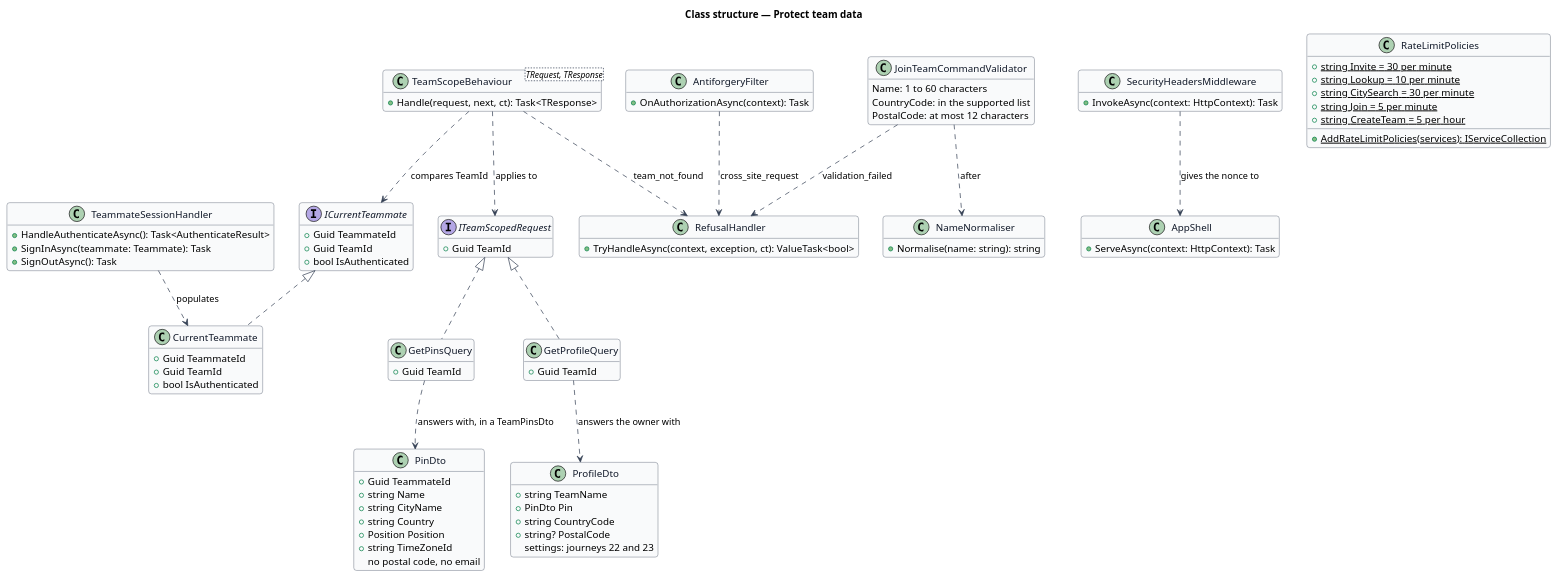
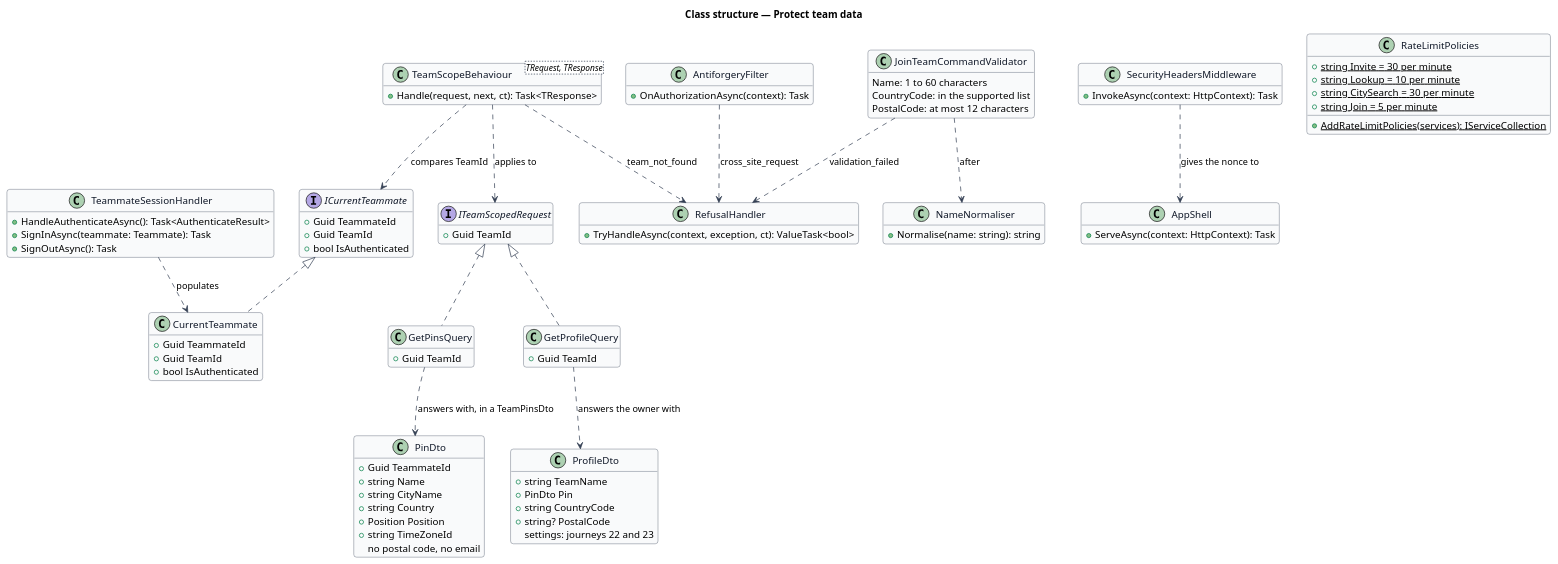
One commit to QuinntyneBrown/Mondino changed the diagram in docs/detailed-designs/platform/protect-team-data/diagrams/class-structure.puml. Above: the diagram before and after it, drawn with PlantUML. The commit also changed 17 other files, not shown here.

```diff
--- a/docs/detailed-designs/platform/protect-team-data/diagrams/class-structure.puml
+++ b/docs/detailed-designs/platform/protect-team-data/diagrams/class-structure.puml
@@ -1,115 +1,114 @@
 @startuml
 skinparam backgroundColor #FFFFFF
 skinparam shadowing false
 skinparam roundcorner 8
 skinparam defaultFontName Arial
 skinparam ArrowColor #344054
 skinparam class {
   BorderColor #344054
   FontColor #101828
   BackgroundColor #F9FAFB
 }
 hide empty members
 title Class structure — Protect team data
 
 interface ICurrentTeammate {
   +Guid TeammateId
   +Guid TeamId
   +bool IsAuthenticated
 }
 
 class CurrentTeammate {
   +Guid TeammateId
   +Guid TeamId
   +bool IsAuthenticated
 }
 
 class TeammateSessionHandler {
   +HandleAuthenticateAsync(): Task<AuthenticateResult>
   +SignInAsync(teammate: Teammate): Task
   +SignOutAsync(): Task
 }
 
 interface ITeamScopedRequest {
   +Guid TeamId
 }
 
 class TeamScopeBehaviour<TRequest, TResponse> {
   +Handle(request, next, ct): Task<TResponse>
 }
 
 class AntiforgeryFilter {
   +OnAuthorizationAsync(context): Task
 }
 
 class AppShell {
   +ServeAsync(context: HttpContext): Task
 }
 
 class JoinTeamCommandValidator {
   Name: 1 to 60 characters
   CountryCode: in the supported list
   PostalCode: at most 12 characters
 }
 
 class NameNormaliser {
   +Normalise(name: string): string
 }
 
 class RateLimitPolicies {
   +{static} string Invite = 30 per minute
   +{static} string Lookup = 10 per minute
   +{static} string CitySearch = 30 per minute
   +{static} string Join = 5 per minute
-  +{static} string CreateTeam = 5 per hour
   +{static} AddRateLimitPolicies(services): IServiceCollection
 }
 
 class SecurityHeadersMiddleware {
   +InvokeAsync(context: HttpContext): Task
 }
 
 class RefusalHandler {
   +TryHandleAsync(context, exception, ct): ValueTask<bool>
 }
 
 class PinDto {
   +Guid TeammateId
   +string Name
   +string CityName
   +string Country
   +Position Position
   +string TimeZoneId
   no postal code, no email
 }
 
 class ProfileDto {
   +string TeamName
   +PinDto Pin
   +string CountryCode
   +string? PostalCode
   settings: journeys 22 and 23
 }
 
 class GetPinsQuery {
   +Guid TeamId
 }
 
 class GetProfileQuery {
   +Guid TeamId
 }
 
 ICurrentTeammate <|.. CurrentTeammate
 TeammateSessionHandler ..> CurrentTeammate : populates
 TeamScopeBehaviour ..> ICurrentTeammate : compares TeamId
 TeamScopeBehaviour ..> ITeamScopedRequest : applies to
 ITeamScopedRequest <|.. GetPinsQuery
 ITeamScopedRequest <|.. GetProfileQuery
 TeamScopeBehaviour ..> RefusalHandler : team_not_found
 JoinTeamCommandValidator ..> RefusalHandler : validation_failed
 AntiforgeryFilter ..> RefusalHandler : cross_site_request
 SecurityHeadersMiddleware ..> AppShell : gives the nonce to
 JoinTeamCommandValidator ..> NameNormaliser : after
 GetPinsQuery ..> PinDto : answers with, in a TeamPinsDto
 GetProfileQuery ..> ProfileDto : answers the owner with
 @enduml
```
